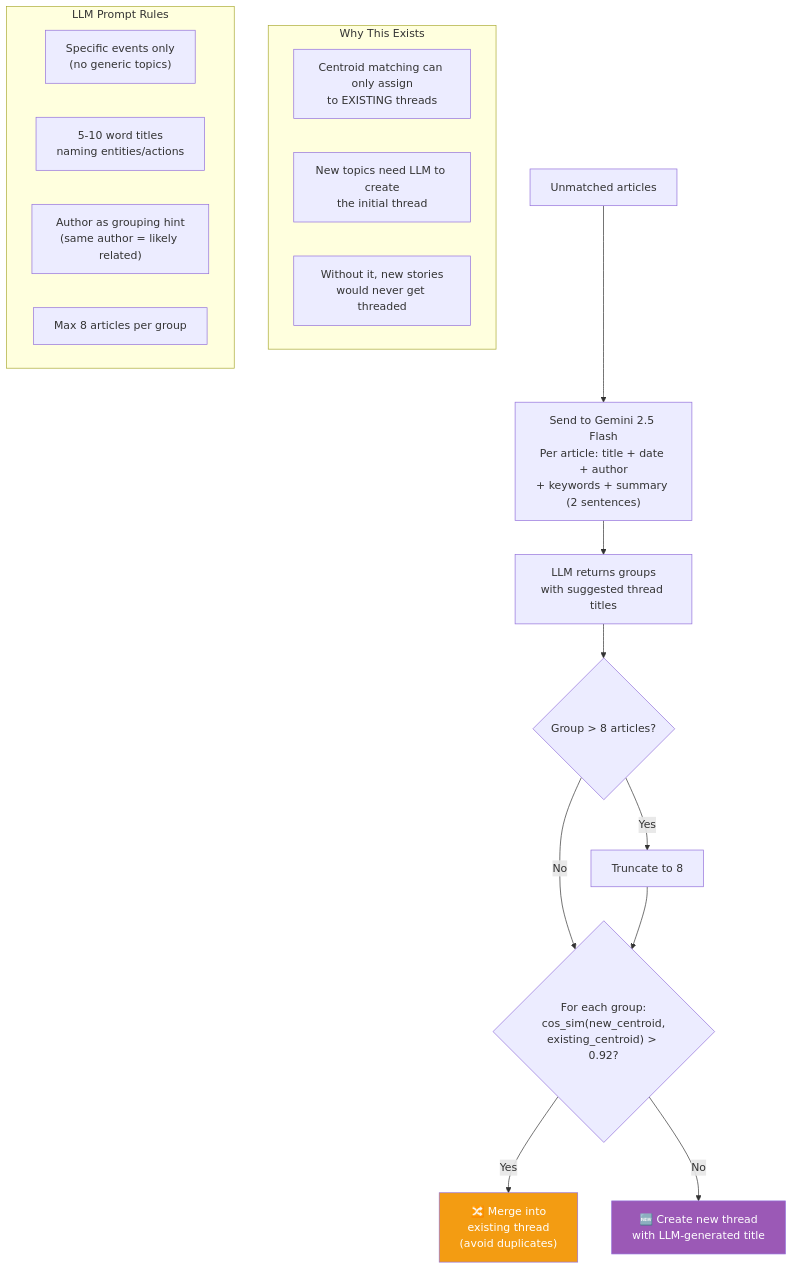
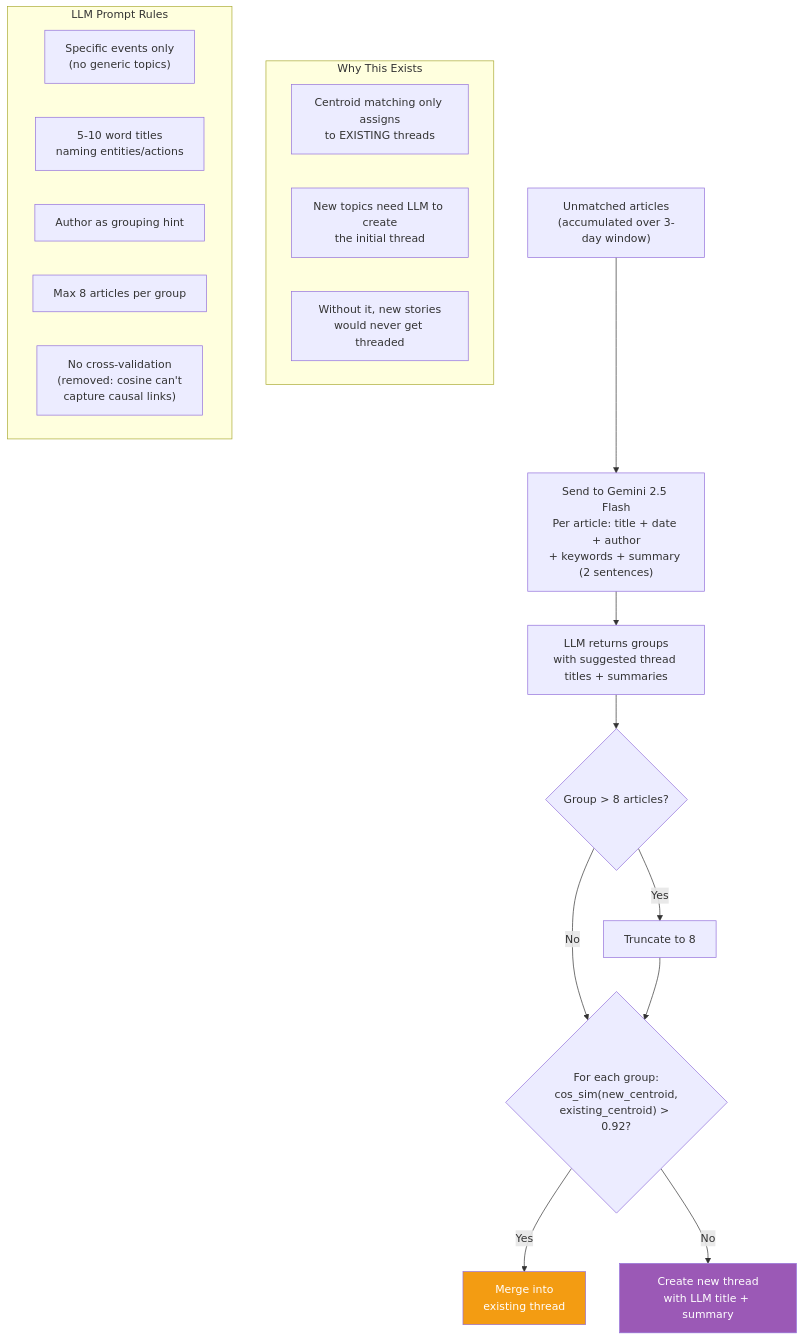
One commit to choym92/araverus changed the fifth of 10 diagrams in docs/1.2-news-threading-visual.md. Above: the diagram before and after it, drawn with Mermaid. The commit also changed other lines of this file and 40 other files, not shown here.

````diff
--- a/docs/1.2-news-threading-visual.md
+++ b/docs/1.2-news-threading-visual.md
@@ -149,31 +170,32 @@
 ```mermaid
 flowchart TD
-    IN["Unmatched articles"] --> LLM["Send to Gemini 2.5 Flash<br/>Per article: title + date + author<br/>+ keywords + summary (2 sentences)"]
+    IN["Unmatched articles<br/>(accumulated over 3-day window)"] --> LLM["Send to Gemini 2.5 Flash<br/>Per article: title + date + author<br/>+ keywords + summary (2 sentences)"]
 
-    LLM --> GROUPS["LLM returns groups<br/>with suggested thread titles"]
+    LLM --> GROUPS["LLM returns groups<br/>with suggested thread titles + summaries"]
 
     GROUPS --> SIZECAP{"Group > 8 articles?"}
     SIZECAP -->|Yes| TRUNCATE["Truncate to 8"]
     SIZECAP -->|No| MERGE_CHECK
     TRUNCATE --> MERGE_CHECK
 
     MERGE_CHECK{"For each group:<br/>cos_sim(new_centroid,<br/>existing_centroid) > 0.92?"}
-    MERGE_CHECK -->|Yes| MERGE["🔀 Merge into<br/>existing thread<br/>(avoid duplicates)"]
-    MERGE_CHECK -->|No| CREATE["🆕 Create new thread<br/>with LLM-generated title"]
+    MERGE_CHECK -->|Yes| MERGE["Merge into<br/>existing thread"]
+    MERGE_CHECK -->|No| CREATE["Create new thread<br/>with LLM title + summary"]
 
     subgraph "Why This Exists"
-        WHY1["Centroid matching can only assign<br/>to EXISTING threads"]
+        WHY1["Centroid matching only assigns<br/>to EXISTING threads"]
         WHY2["New topics need LLM to create<br/>the initial thread"]
         WHY3["Without it, new stories<br/>would never get threaded"]
     end
 
     subgraph "LLM Prompt Rules"
         R1["Specific events only<br/>(no generic topics)"]
         R2["5-10 word titles<br/>naming entities/actions"]
-        R3["Author as grouping hint<br/>(same author = likely related)"]
+        R3["Author as grouping hint"]
         R4["Max 8 articles per group"]
+        R5["No cross-validation<br/>(removed: cosine can't<br/>capture causal links)"]
     end
 
     style MERGE fill:#f39c12,color:#fff
     style CREATE fill:#9b59b6,color:#fff
 ```
````
